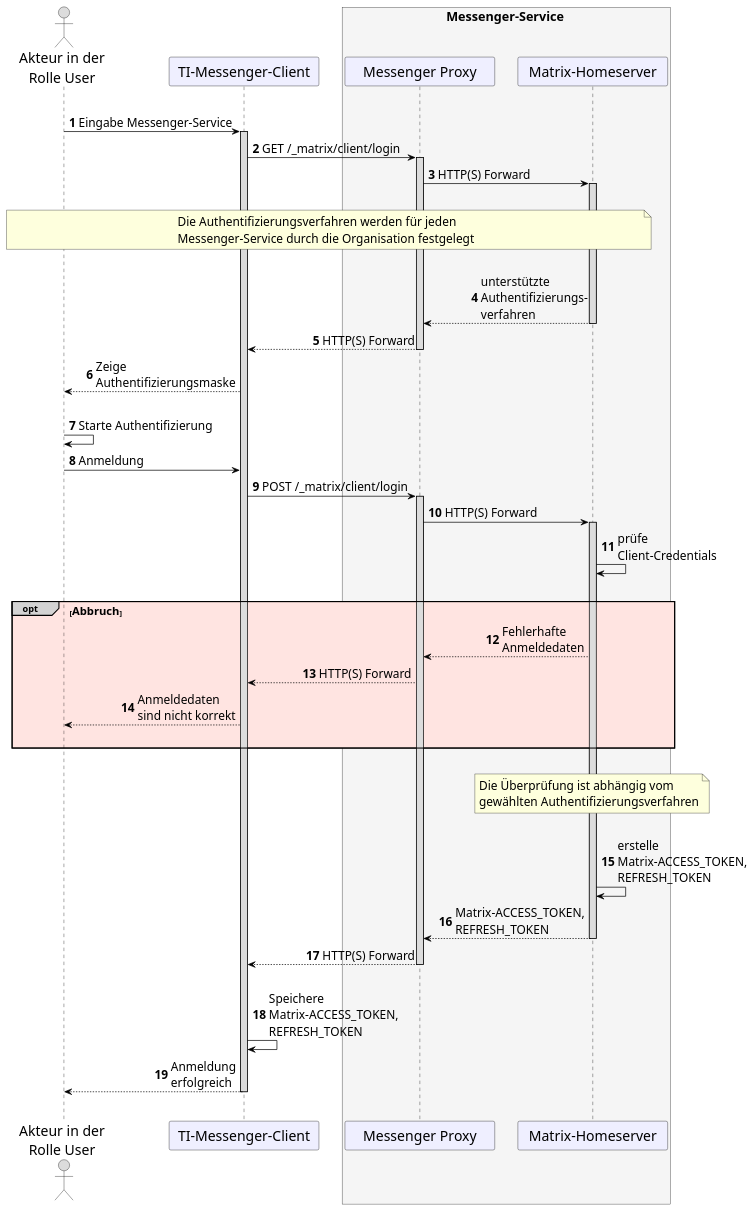
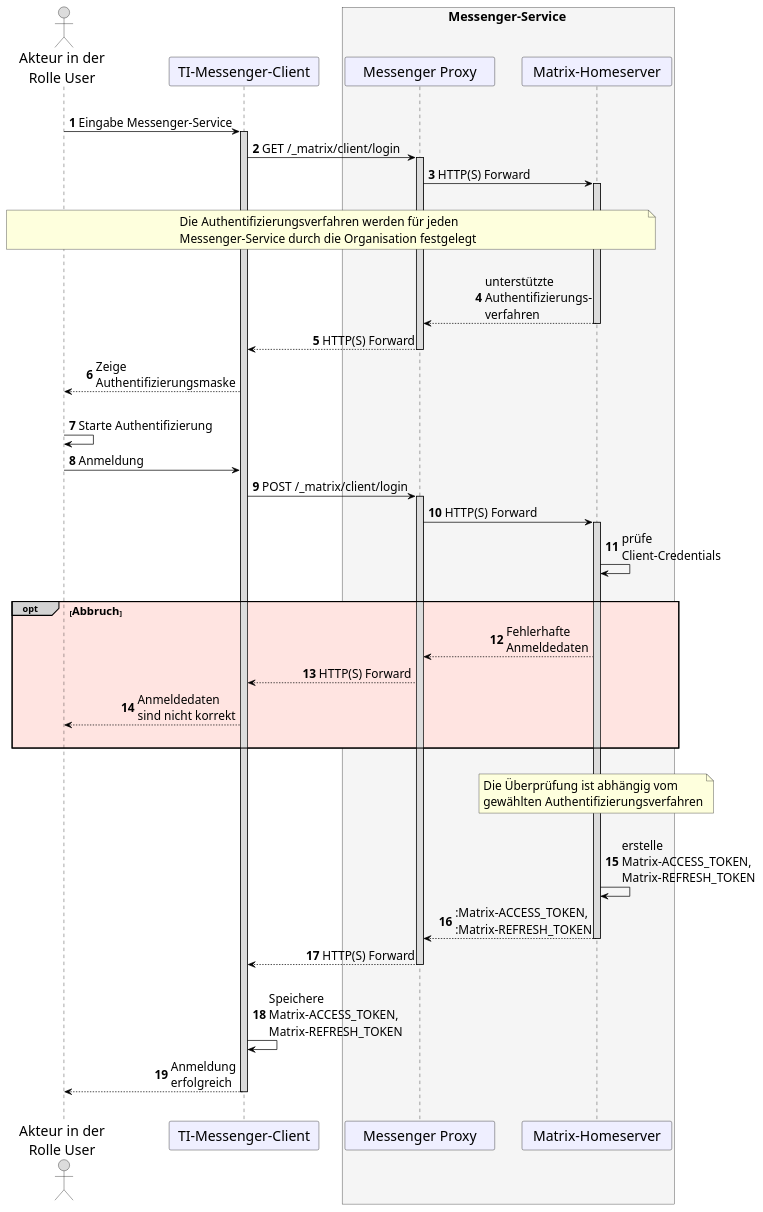
The diagram in src/images/TI-M_Basis/UC_10057_Seq.puml (gematik/api-ti-messenger), drawn with PlantUML before and after one commit.

Commit message:
fixed inconsistent token naming

```diff
--- a/src/images/TI-M_Basis/UC_10057_Seq.puml
+++ b/src/images/TI-M_Basis/UC_10057_Seq.puml
@@ -9,87 +9,87 @@
 @startuml
 skinparam sequenceMessageAlign direction
 skinparam minClassWidth 200
 skinparam BoxPadding 1
 skinparam sequenceReferenceHeaderBackgroundColor palegreen
 scale max 2048 width
 autonumber
 
 skinparam sequence {
 ArrowColor black
 ArrowFontSize 17
 ActorBorderColor black
 LifeLineBorderColor black
 LifeLineBackgroundColor Gainsboro
 
 ParticipantBorderColor Motivation
 ParticipantBackgroundColor Motivation
 ParticipantFontSize 20
 ParticipantFontColor black
 ParticipantBorderColor Black
 ParticipantBackgroundColor MOTIVATION
 
 
 
 ActorBackgroundColor Gainsboro
 ActorFontColor black
 ActorFontSize 20
 ActorFontName Aapex
 }
     actor U as "Akteur in der\nRolle User"
     participant C as "TI-Messenger-Client"
     box <size:18>Messenger-Service</size> #WhiteSmoke
       participant MP as "Messenger Proxy"
       participant MH as "Matrix-Homeserver"
     end box
 
 |||
   U->C: Eingabe Messenger-Service 
     Activate C
   C->MP: GET /_matrix/client/login
     Activate MP 
   MP->MH: HTTP(S) Forward
    Activate MH
 
 |||
 note over U, MH: <size:17>Die Authentifizierungsverfahren werden für jeden \n<size:17>Messenger-Service durch die Organisation festgelegt</size>
 |||
 
   MH-->MP: unterstützte \nAuthentifizierungs-\nverfahren
     Deactivate MH
   MP-->C: HTTP(S) Forward
     Deactivate MP
   C-->U: Zeige \nAuthentifizierungsmaske
   |||
   U->U: Starte Authentifizierung
   U->C: Anmeldung
   C->MP: POST /_matrix/client/login
     Activate MP
 
     
     MP->MH: HTTP(S) Forward
       Activate MH
     MH->MH: prüfe \nClient-Credentials
     |||
     opt#LightGrey #MistyRose <size:16>Abbruch</size>
       MH-->MP:Fehlerhafte \nAnmeldedaten 
       MP-->C: HTTP(S) Forward
       C-->U: Anmeldedaten \nsind nicht korrekt
       |||
     end
     |||
     
     note over MH, MH: <size:17>Die Überprüfung ist abhängig vom \n<size:17>gewählten Authentifizierungsverfahren</size>
     
     |||
-    MH->MH: erstelle \nMatrix-ACCESS_TOKEN, \nREFRESH_TOKEN
-    MH-->MP: Matrix-ACCESS_TOKEN, \nREFRESH_TOKEN
+    MH->MH: erstelle \nMatrix-ACCESS_TOKEN, \nMatrix-REFRESH_TOKEN
+    MH-->MP: :Matrix-ACCESS_TOKEN, \n:Matrix-REFRESH_TOKEN
       Deactivate MH
     MP-->C: HTTP(S) Forward
       Deactivate MP
     |||
-    C->C: Speichere \nMatrix-ACCESS_TOKEN, \nREFRESH_TOKEN
+    C->C: Speichere \nMatrix-ACCESS_TOKEN, \nMatrix-REFRESH_TOKEN
 
     C-->U: Anmeldung \nerfolgreich
         Deactivate C
     |||
 @enduml
```
